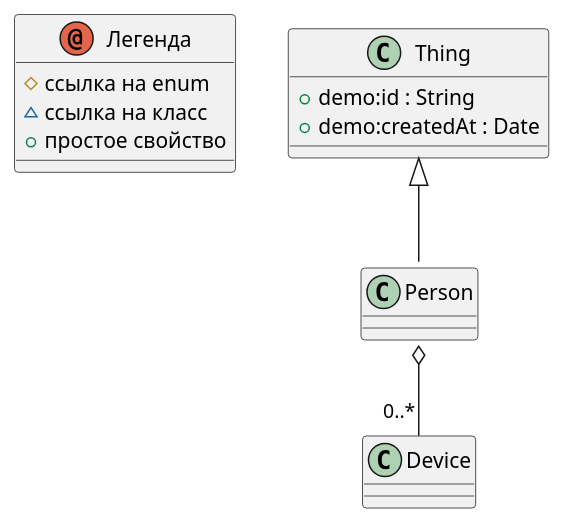
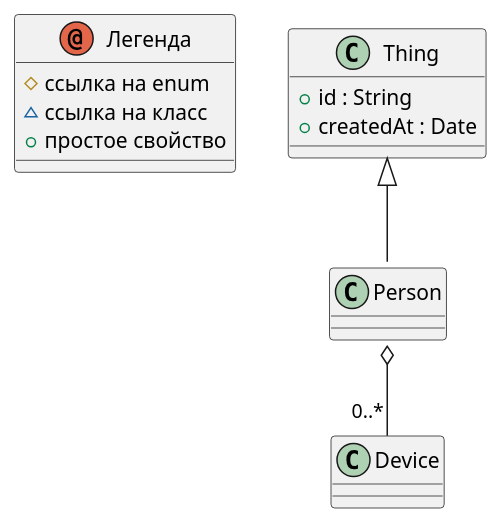
Before and after one commit to simplepersonru/SimpleOntoDoc: the diagram in Example2/output/entities/Person.md, drawn with PlantUML. The commit also changed 11 other files, not shown here.

````diff
--- a/Example2/output/entities/Person.md
+++ b/Example2/output/entities/Person.md
@@ -19,19 +19,19 @@
 ```plantuml
 @startuml
 skinparam groupInheritance 6
 set separator none
 annotation "Легенда" {
   #ссылка на enum
   ~ссылка на класс
   +простое свойство
 }
 class "Person" as demo.Person  
 class "Device" as demo.Device  
 class "Thing" as demo.Thing  
 demo.Person::devices o--"0..*" demo.Device
 demo.Thing <|-down- demo.Person
-demo.Thing : +demo:id : String
-demo.Thing : +demo:createdAt : Date
+demo.Thing : +id : String
+demo.Thing : +createdAt : Date
 
 @enduml
 ```
````
